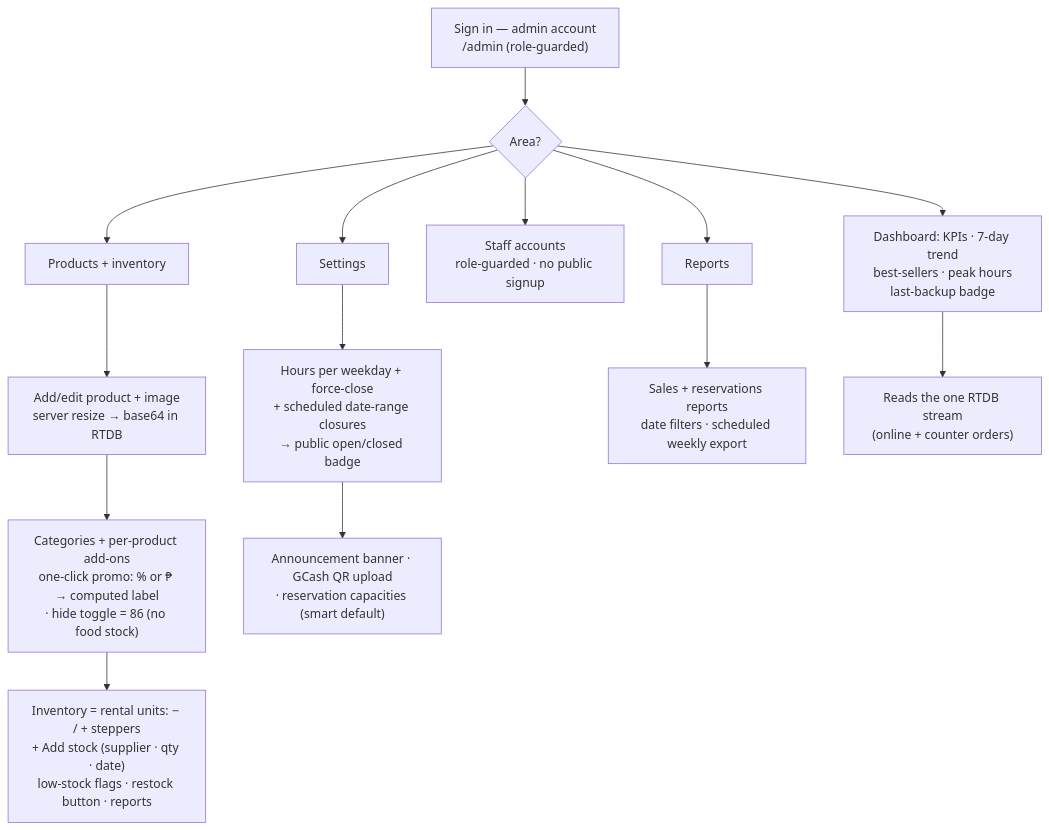
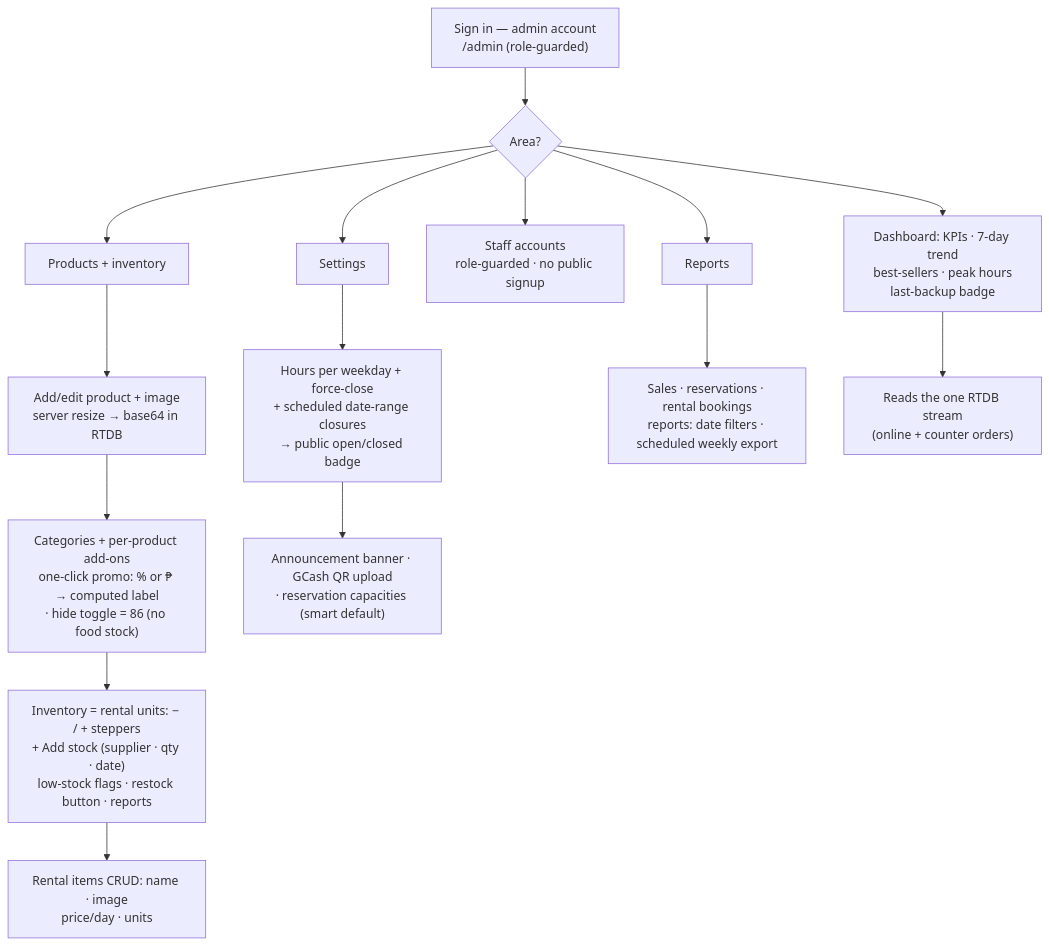
The diagram in docs/flow-charts/admin.md (S1NXIAN/CRNP), drawn with Mermaid before and after one commit. The commit also changed 6 other files, not shown here.

````diff
--- a/docs/flow-charts/admin.md
+++ b/docs/flow-charts/admin.md
@@ -3,16 +3,17 @@
 ```mermaid
 flowchart TD
     A["Sign in — admin account<br/>/admin (role-guarded)"] --> B{"Area?"}
     B --> C["Dashboard: KPIs · 7-day trend<br/>best-sellers · peak hours<br/>last-backup badge"]
     B --> D["Products + inventory"]
     B --> SA["Staff accounts<br/>role-guarded · no public signup"]
     B --> E["Settings"]
     B --> F["Reports"]
     D --> D1["Add/edit product + image<br/>server resize → base64 in RTDB"]
     D1 --> D2["Categories + per-product add-ons<br/>one-click promo: % or ₱ → computed label<br/>· hide toggle = 86 (no food stock)"]
     D2 --> D3["Inventory = rental units: − / + steppers<br/>+ Add stock (supplier · qty · date)<br/>low-stock flags · restock button · reports"]
+    D3 --> D4["Rental items CRUD: name · image<br/>price/day · units"]
     E --> E1["Hours per weekday + force-close<br/>+ scheduled date-range closures<br/>→ public open/closed badge"]
     E1 --> E2["Announcement banner · GCash QR upload<br/>· reservation capacities (smart default)"]
-    F --> F1["Sales + reservations reports<br/>date filters · scheduled weekly export"]
+    F --> F1["Sales · reservations · rental bookings<br/>reports: date filters · scheduled weekly export"]
     C --> G["Reads the one RTDB stream<br/>(online + counter orders)"]
 ```
````
